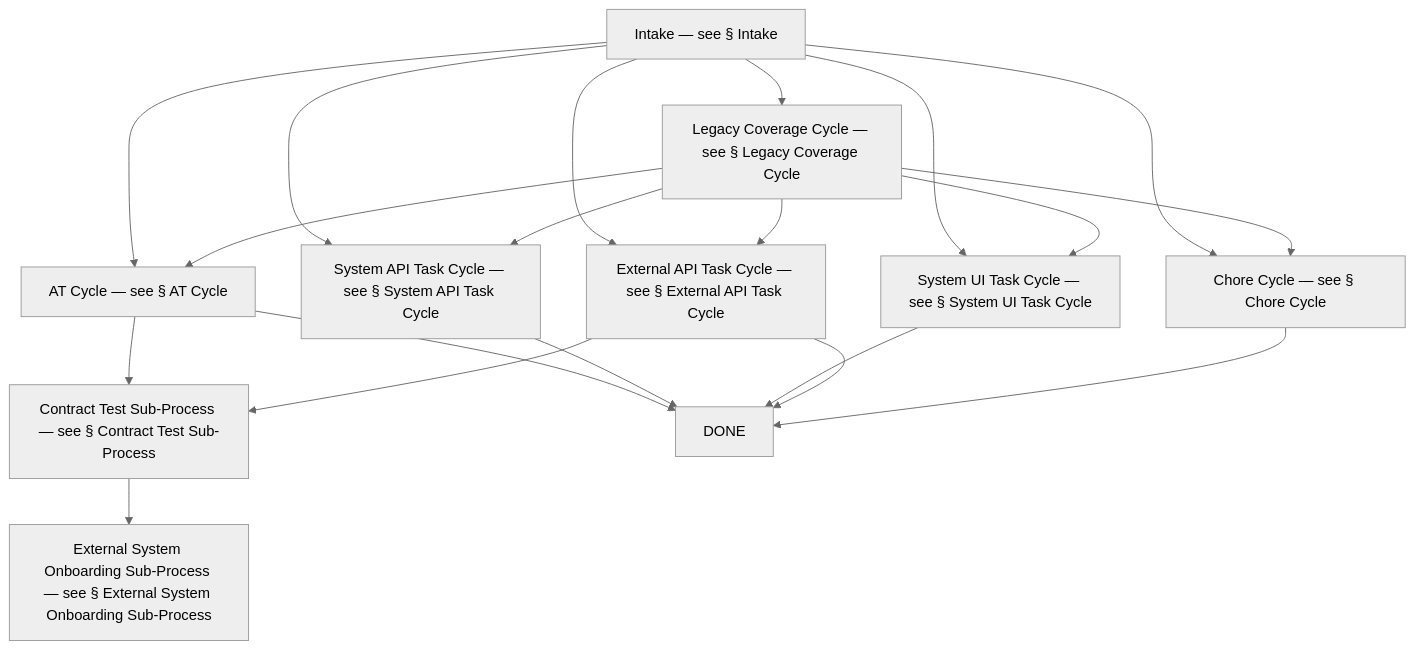
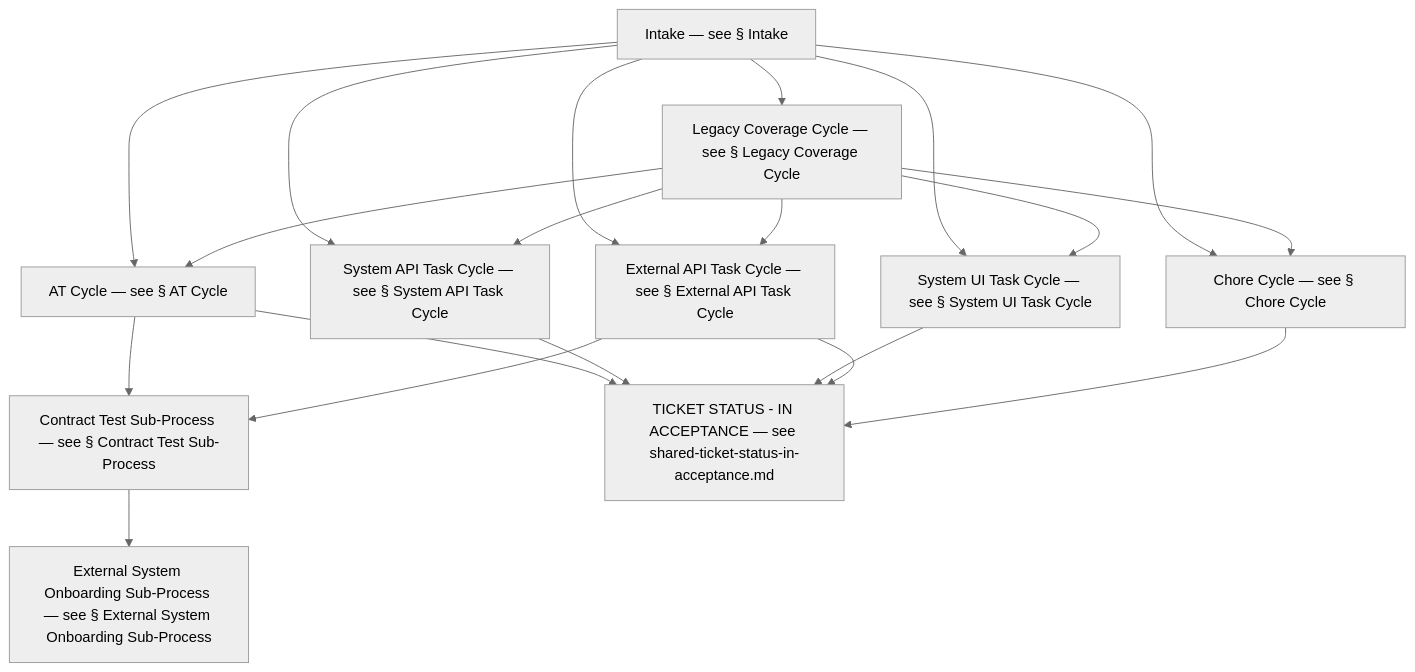
Before and after one commit to optivem/starter: the first of 10 diagrams in docs/atdd/process/diagram-process.md, drawn with Mermaid (neutral theme). The commit also changed other lines of this file and 8 other files, not shown here.

First line of the commit message:
Add TICKET STATUS - IN ACCEPTANCE as the agent's terminal ticket state

````diff
--- a/docs/atdd/process/diagram-process.md
+++ b/docs/atdd/process/diagram-process.md
@@ -25,33 +26,33 @@
 ```mermaid
 flowchart TD
     INTAKE[Intake — see § Intake]
     LEGACY[Legacy Coverage Cycle — see § Legacy Coverage Cycle]
     AT[AT Cycle — see § AT Cycle]
     CT[Contract Test Sub-Process — see § Contract Test Sub-Process]
     ONBOARD[External System Onboarding Sub-Process — see § External System Onboarding Sub-Process]
     SYS_API[System API Task Cycle — see § System API Task Cycle]
     SYS_UI[System UI Task Cycle — see § System UI Task Cycle]
     EXT_API[External API Task Cycle — see § External API Task Cycle]
     CHORE[Chore Cycle — see § Chore Cycle]
-    DONE[DONE]
+    IN_ACCEPTANCE[TICKET STATUS - IN ACCEPTANCE — see shared-ticket-status-in-acceptance.md]
 
     INTAKE --> LEGACY
     INTAKE --> AT
     INTAKE --> SYS_API
     INTAKE --> SYS_UI
     INTAKE --> EXT_API
     INTAKE --> CHORE
     LEGACY --> AT
     LEGACY --> SYS_API
     LEGACY --> SYS_UI
     LEGACY --> EXT_API
     LEGACY --> CHORE
     AT --> CT
     EXT_API --> CT
     CT --> ONBOARD
-    AT --> DONE
-    SYS_API --> DONE
-    SYS_UI --> DONE
-    EXT_API --> DONE
-    CHORE --> DONE
+    AT --> IN_ACCEPTANCE
+    SYS_API --> IN_ACCEPTANCE
+    SYS_UI --> IN_ACCEPTANCE
+    EXT_API --> IN_ACCEPTANCE
+    CHORE --> IN_ACCEPTANCE
 ```
````
